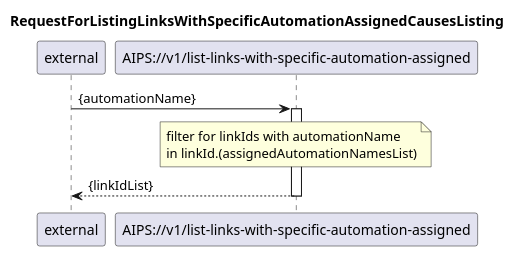
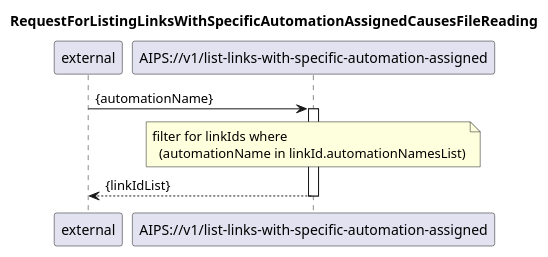
One commit to kmohr-soprasteria/AIPS_wip changed the diagram in diagrams/01 Automation management/110_listLinksWithSpecificAutomationAssigned.plantuml. Above: the diagram before and after it, drawn with PlantUML. The commit also changed 13 other files, not shown here.

Commit message:
modul 01 diagrams

```diff
--- a/diagrams/01 Automation management/110_listLinksWithSpecificAutomationAssigned.plantuml
+++ b/diagrams/01 Automation management/110_listLinksWithSpecificAutomationAssigned.plantuml
@@ -1,24 +1,24 @@
 @startuml 110_listLinksWithSpecificAutomationAssigned
 skinparam responseMessageBelowArrow true
 
 title
-RequestForListingLinksWithSpecificAutomationAssignedCausesListing
+RequestForListingLinksWithSpecificAutomationAssignedCausesFileReading
 end title
 
 participant "external" as requestor
 participant "AIPS://v1/list-links-with-specific-automation-assigned" as listLinks
 
 
 requestor -> listLinks: {automationName}
 activate listLinks
 
 note over listLinks
-  filter for linkIds with automationName
-  in linkId.(assignedAutomationNamesList)
+  filter for linkIds where 
+    (automationName in linkId.automationNamesList)
 end note
 
 listLinks --> requestor: {linkIdList}
 
 deactivate listLinks
 
 @enduml
```
